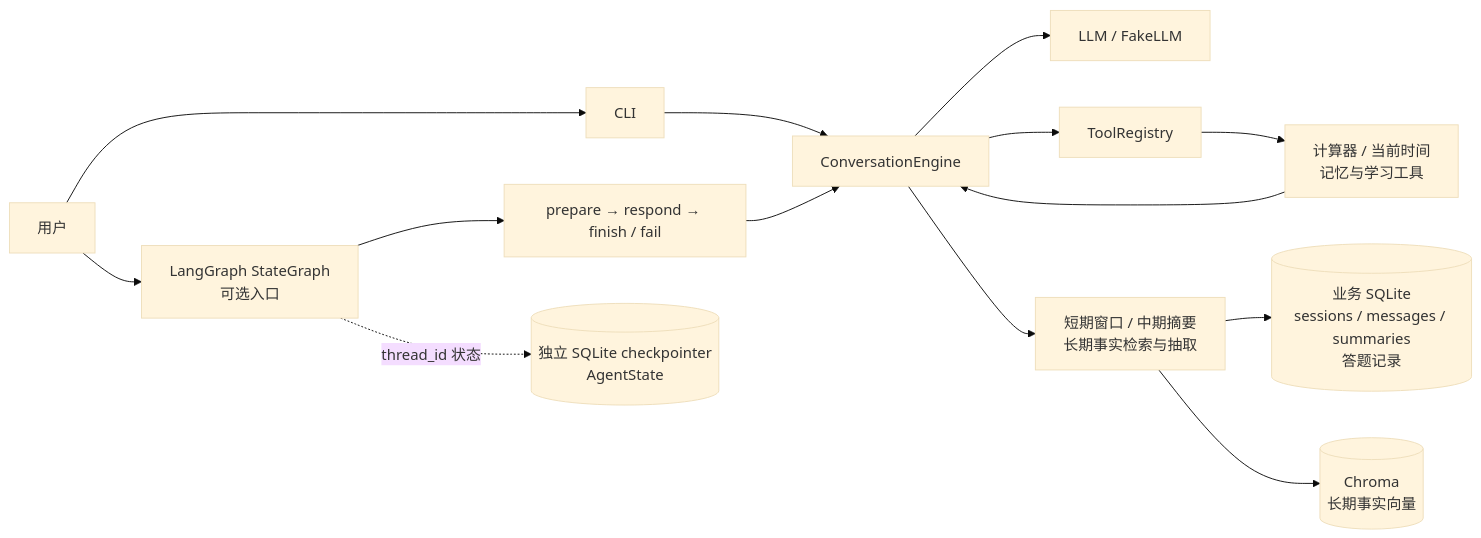
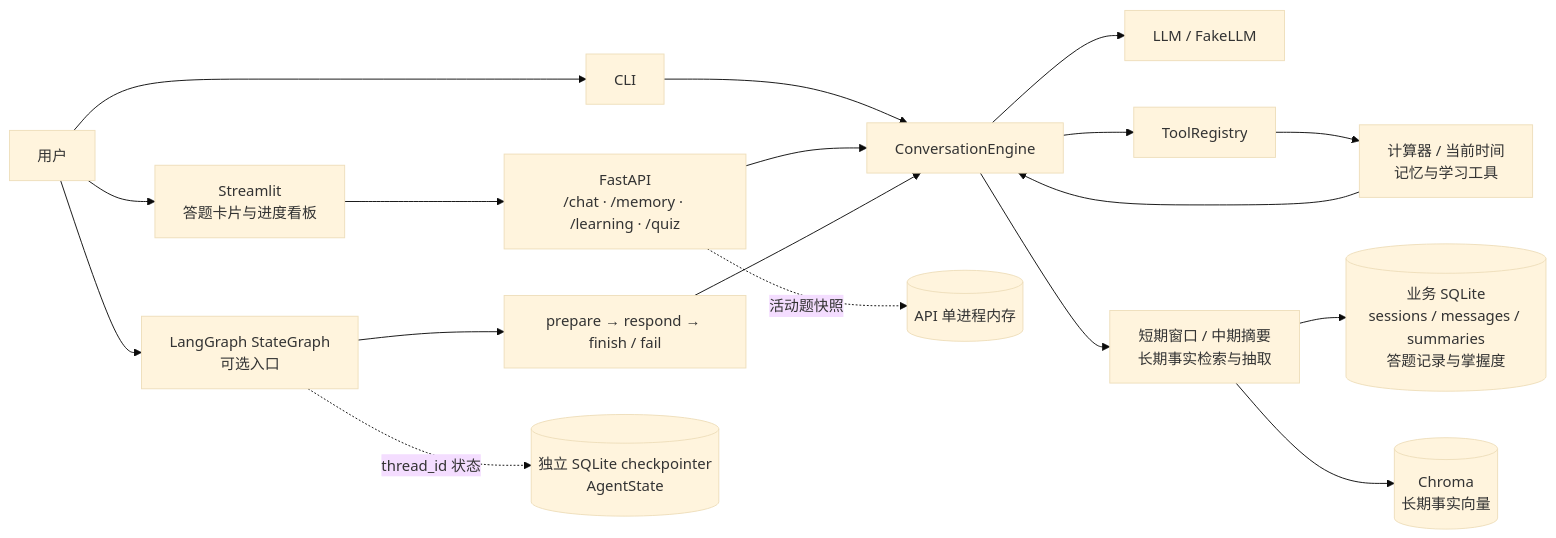
One commit to Tlipoca1777/learn-coach-agent changed the first of 2 diagrams in README.md. Above: the diagram before and after it, drawn with Mermaid (base theme). The commit also changed other lines of this file and 9 other files, not shown here.

````diff
--- a/README.md
+++ b/README.md
@@ -76,16 +81,20 @@
 ```mermaid
 flowchart LR
     User[用户] --> CLI[CLI]
     CLI --> Engine[ConversationEngine]
+    User --> UI[Streamlit<br/>答题卡片与进度看板]
+    UI --> API[FastAPI<br/>/chat · /memory · /learning · /quiz]
+    API --> Engine
     User --> Graph[LangGraph StateGraph<br/>可选入口]
     Graph --> Nodes[prepare → respond → finish / fail]
     Nodes --> Engine
     Engine --> LLM[LLM / FakeLLM]
     Engine --> Registry[ToolRegistry]
     Registry --> Builtins[计算器 / 当前时间<br/>记忆与学习工具]
     Builtins --> Engine
     Engine --> Memories[短期窗口 / 中期摘要<br/>长期事实检索与抽取]
-    Memories --> BusinessDB[(业务 SQLite<br/>sessions / messages / summaries<br/>答题记录)]
+    Memories --> BusinessDB[(业务 SQLite<br/>sessions / messages / summaries<br/>答题记录与掌握度)]
+    API -. 活动题快照 .-> QuizState[(API 单进程内存)]
     Memories --> Chroma[(Chroma<br/>长期事实向量)]
     Graph -. thread_id 状态 .-> Checkpoint[(独立 SQLite checkpointer<br/>AgentState)]
 ```
````
